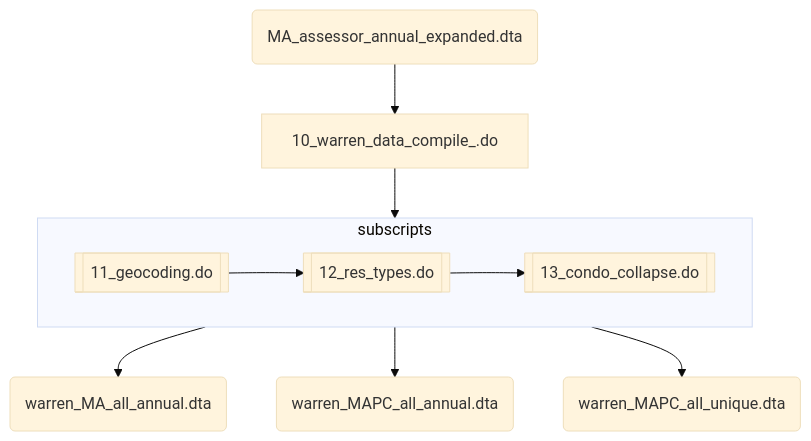
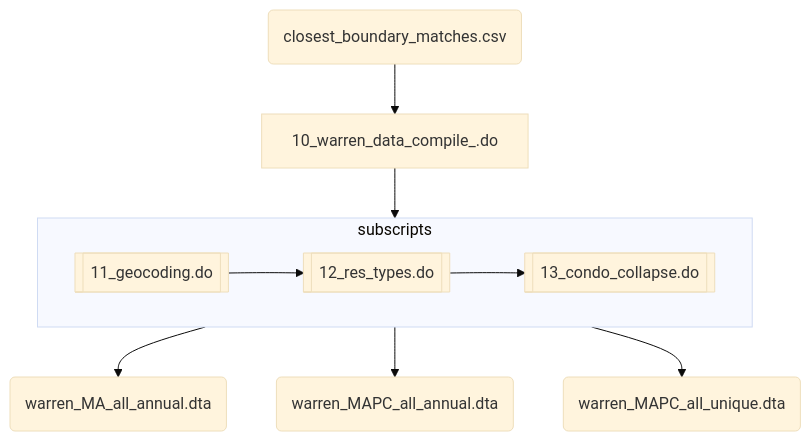
Before and after one commit to nchiumenti/boston_zoning: the third of 6 diagrams in code/data_setup/README.md, drawn with Mermaid (base theme). The commit also changed other lines of this file, not shown here.

````diff
--- a/code/data_setup/README.md
+++ b/code/data_setup/README.md
@@ -59,22 +72,22 @@
 ```mermaid
 flowchart TD
 
-  d0(MA_assessor_annual_expanded.dta)
+  d0(closest_boundary_matches.csv)
   f0[10_warren_data_compile_.do];
   f1@{ shape: subproc, label: 11_geocoding.do}
   f2@{ shape: subproc, label: "12_res_types.do" }
   f3@{ shape: subproc, label: "13_condo_collapse.do" }
 
   subgraph subscripts;
     f1-->f2-->f3;
   end
 
   d2(warren_MA_all_annual.dta);
   d3(warren_MAPC_all_annual.dta);
   d4(warren_MAPC_all_unique.dta);
 
   d0 --> f0 --> subscripts
   subscripts --> d2
   subscripts --> d3
   subscripts --> d4
 ```
````
